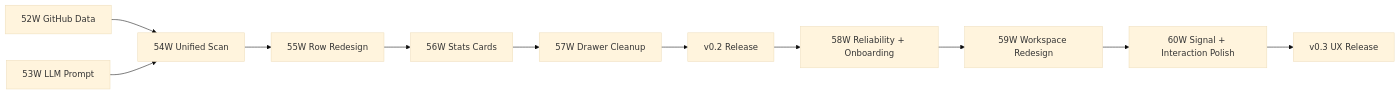
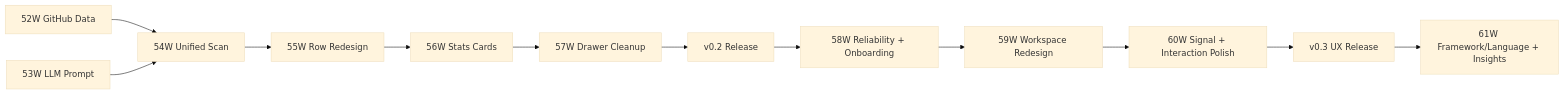
The diagram in docs/internal/IMPLEMENTATION_PLAN.md (eeshansrivastava89/sidequests), drawn with Mermaid (base theme) before and after one commit. The commit also changed other lines of this file and 38 other files, not shown here.

````diff
--- a/docs/internal/IMPLEMENTATION_PLAN.md
+++ b/docs/internal/IMPLEMENTATION_PLAN.md
@@ -214,13 +243,14 @@
 ```mermaid
 flowchart LR
   A[52W GitHub Data] --> C[54W Unified Scan]
   B[53W LLM Prompt] --> C
   C --> D[55W Row Redesign]
   D --> E[56W Stats Cards]
   E --> F[57W Drawer Cleanup]
   F --> G[v0.2 Release]
   G --> H[58W Reliability + Onboarding]
   H --> I[59W Workspace Redesign]
   I --> J[60W Signal + Interaction Polish]
   J --> K[v0.3 UX Release]
+  K --> L[61W Framework/Language + Insights]
 ```
````
